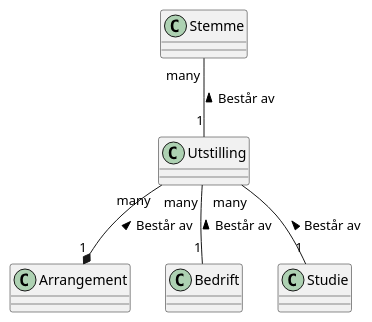
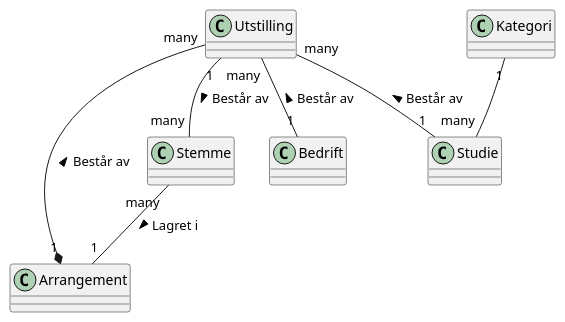
One commit to trulsma/DAT109_Prosjekt changed the diagram in Diagrammer/Domenemodell.puml. Above: the diagram before and after it, drawn with PlantUML.

Commit message:
Domenemodell ca ferdig

```diff
--- a/Diagrammer/Domenemodell.puml
+++ b/Diagrammer/Domenemodell.puml
@@ -1,23 +1,28 @@
 @startuml
 
 class Arrangement {
 }
 
 class Utstilling {
 }
 
 class Stemme {
 }
 
 class Bedrift{
 }
 
 class Studie{
 }
 
+class Kategori{
+}
+
 Utstilling "many" -- "1" Studie : < Består av
 Utstilling "many" -- "1" Bedrift : < Består av
 Utstilling "many" --* "1" Arrangement : < Består av
-Stemme "many" -- "1" Utstilling : < Består av
+Utstilling "1" -- "many" Stemme : > Består av
+Kategori "1" -- "many" Studie
+Stemme "many" -- "1" Arrangement : > Lagret i
 
 @enduml
```
